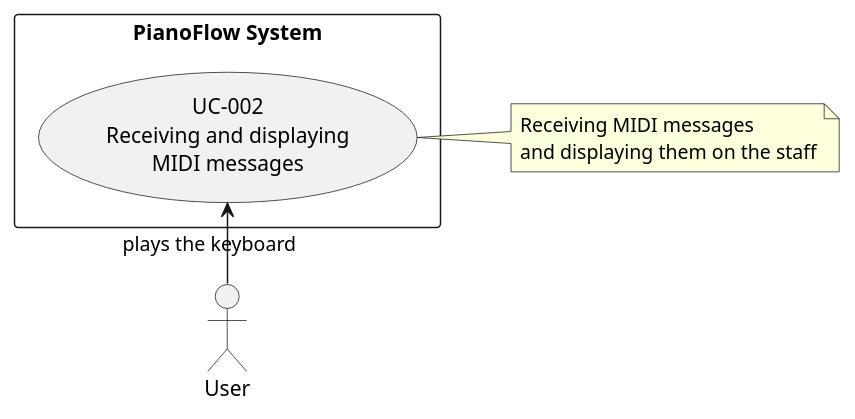
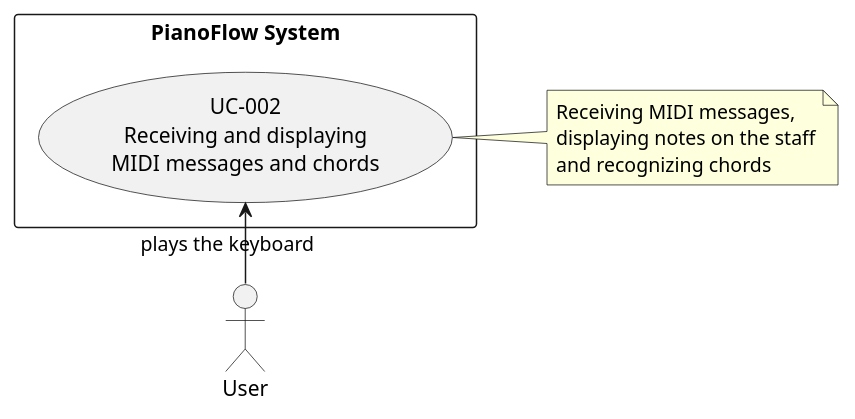
The first of 2 diagrams in docs/en/uc/MIDI_MESSAGE_PROCESSING.md (astrizhachuk/PianoFlow), drawn with PlantUML before and after one commit. The commit also changed other lines of this file and 47 other files, not shown here.

````diff
--- a/docs/en/uc/MIDI_MESSAGE_PROCESSING.md
+++ b/docs/en/uc/MIDI_MESSAGE_PROCESSING.md
@@ -19,17 +19,18 @@
 ```plantuml
 @startuml
 left to right direction
 actor User as User
 rectangle "PianoFlow System" {
-  usecase UC2 as "UC-002\nReceiving and displaying\nMIDI messages"
+  usecase UC2 as "UC-002\nReceiving and displaying\nMIDI messages and chords"
 }
 
 User -> UC2 : plays the keyboard
 
 note right of UC2
-  Receiving MIDI messages
-  and displaying them on the staff
+  Receiving MIDI messages,
+  displaying notes on the staff
+  and recognizing chords
 end note
 
 @enduml
 ```
````
